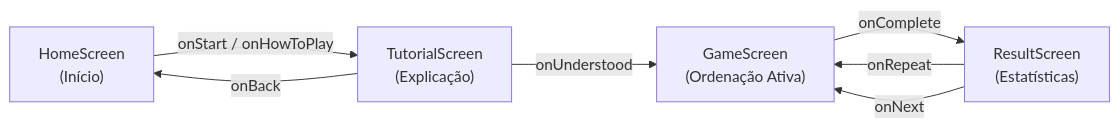
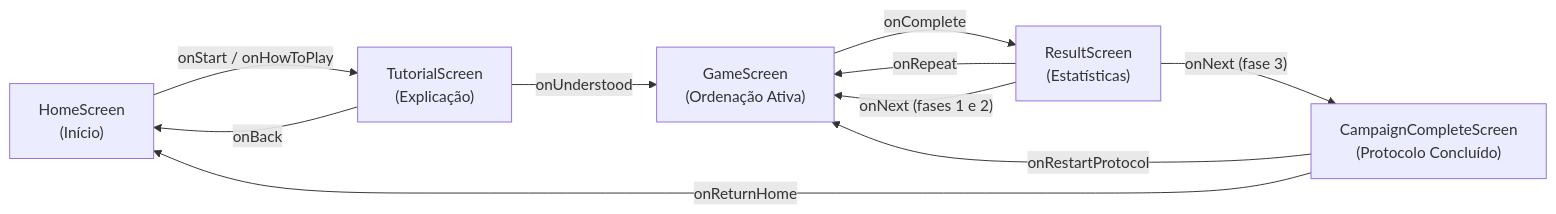
One commit to MarcosV22/Sorting-Station-Interface-Design changed the diagram in docs/wiki/03-frontend.md. Above: the diagram before and after it, drawn with Mermaid. The commit also changed other lines of this file and 38 other files, not shown here.

````diff
--- a/docs/wiki/03-frontend.md
+++ b/docs/wiki/03-frontend.md
@@ -49,9 +58,12 @@
 ```mermaid
 flowchart LR
     Home["HomeScreen\n(Início)"] -->|"onStart / onHowToPlay"| Tutorial["TutorialScreen\n(Explicação)"]
     Tutorial -->|"onBack"| Home
     Tutorial -->|"onUnderstood"| Game["GameScreen\n(Ordenação Ativa)"]
     Game -->|"onComplete"| Result["ResultScreen\n(Estatísticas)"]
     Result -->|"onRepeat"| Game
-    Result -->|"onNext"| Game
+    Result -->|"onNext (fases 1 e 2)"| Game
+    Result -->|"onNext (fase 3)"| Complete["CampaignCompleteScreen\n(Protocolo Concluído)"]
+    Complete -->|"onReturnHome"| Home
+    Complete -->|"onRestartProtocol"| Game
 ```
````
